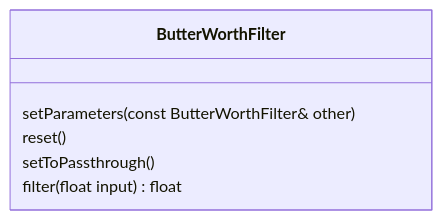
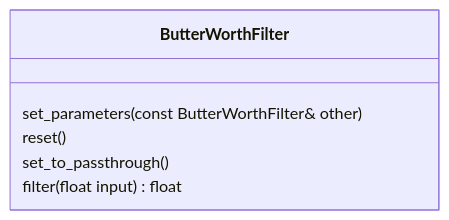
The third of 6 diagrams in README.md (martinbudden/Library-Filters), drawn with Mermaid before and after one commit. The commit also changed other lines of this file and 11 other files, not shown here.

````diff
--- a/README.md
+++ b/README.md
@@ -45,9 +45,9 @@
 ```mermaid
 classDiagram
     class ButterWorthFilter {
-        setParameters(const ButterWorthFilter& other)
+        set_parameters(const ButterWorthFilter& other)
         reset()
-        setToPassthrough()
+        set_to_passthrough()
         filter(float input) float
     }
 ```
````
